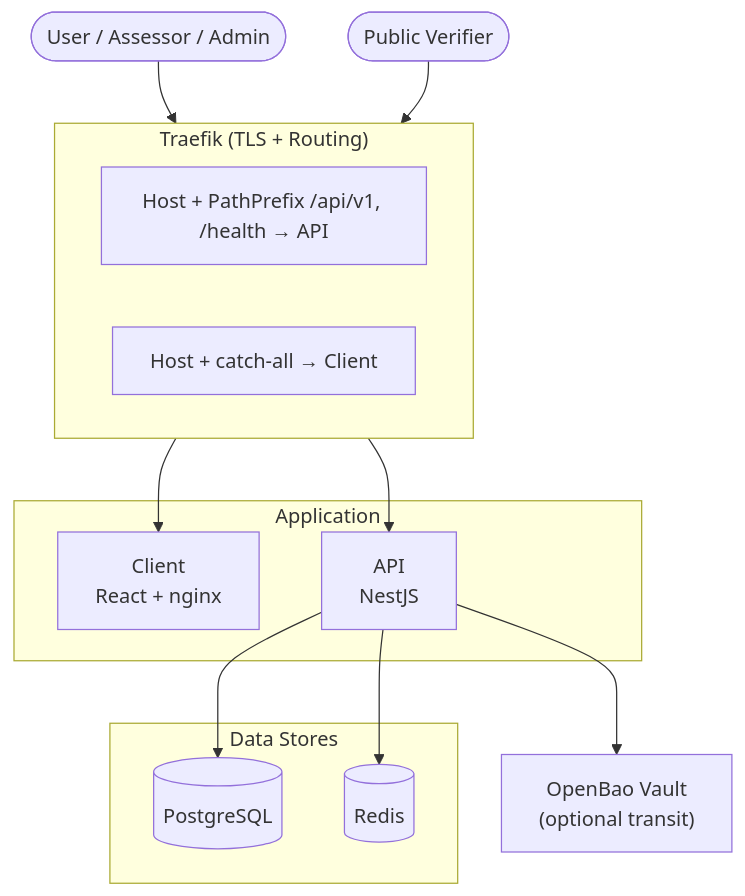
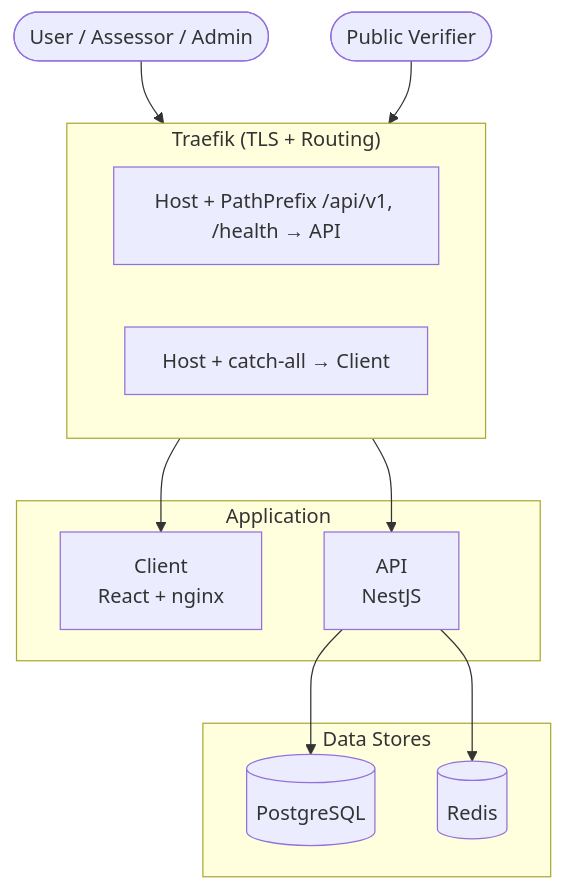
The first of 8 diagrams in docs/architecture.md (dhis2/certification-app), drawn with Mermaid before and after one commit. The commit also changed other lines of this file and 23 other files, not shown here.

````diff
--- a/docs/architecture.md
+++ b/docs/architecture.md
@@ -13,31 +13,28 @@
 ```mermaid
 graph TB
     User([User / Assessor / Admin])
     Public([Public Verifier])
 
     subgraph Traefik["Traefik (TLS + Routing)"]
         direction LR
         R1["Host + PathPrefix /api/v1, /health → API"]
         R2["Host + catch-all → Client"]
     end
 
     subgraph App["Application"]
         Client["Client<br/>React + nginx"]
         API["API<br/>NestJS"]
     end
 
     subgraph Data["Data Stores"]
         DB[(PostgreSQL)]
         Redis[(Redis)]
     end
 
-    Vault["OpenBao Vault<br/>(optional transit)"]
-
     User --> Traefik
     Public --> Traefik
     Traefik --> Client
     Traefik --> API
     API --> DB
     API --> Redis
-    API --> Vault
 ```
````
